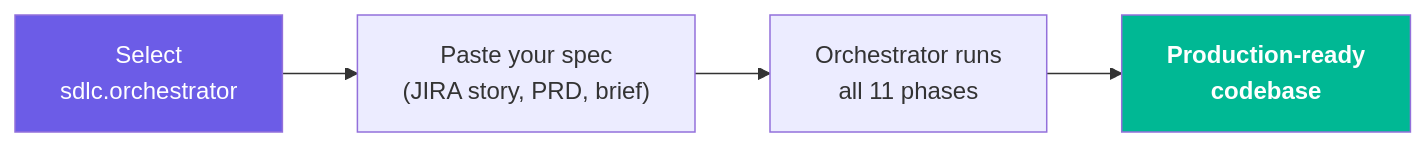
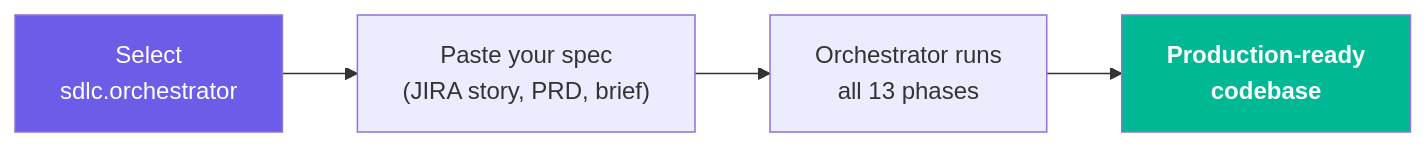
One commit to bitbitcodes/autonomous-sdlc changed the first of 5 diagrams in docs/usage-guide.md. Above: the diagram before and after it, drawn with Mermaid. The commit also changed other lines of this file and 131 other files, not shown here.

````diff
--- a/docs/usage-guide.md
+++ b/docs/usage-guide.md
@@ -9,9 +9,9 @@
 ```mermaid
 flowchart LR
     SELECT["Select<br/>sdlc.orchestrator"] --> PASTE["Paste your spec<br/>(JIRA story, PRD, brief)"]
-    PASTE --> GO["Orchestrator runs<br/>all 11 phases"]
+    PASTE --> GO["Orchestrator runs<br/>all 13 phases"]
     GO --> DONE["Production-ready<br/>codebase"]
 
     style SELECT fill:#6c5ce7,color:#fff
     style DONE fill:#00b894,color:#fff,font-weight:bold
 ```
````
